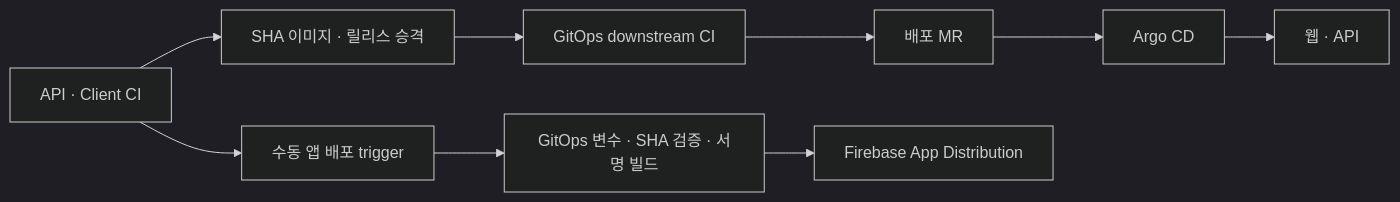
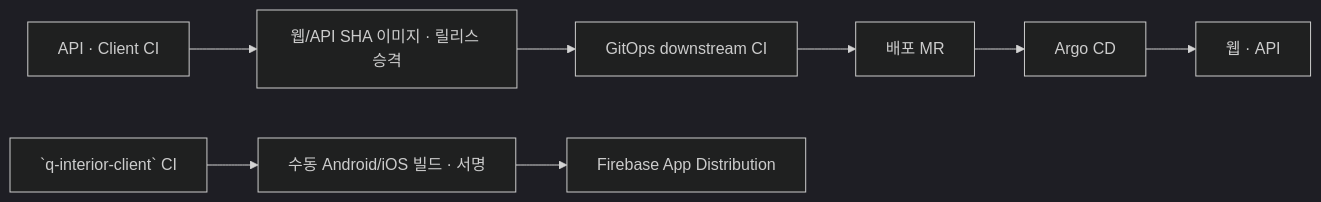
Before and after one commit to lime985340/platform-gitops: the diagram in docs/q-interior.md, drawn with Mermaid (dark theme). The commit also changed other lines of this file and 6 other files, not shown here.

Commit message:
ci: remove mobile distribution from GitOps

````diff
--- a/docs/q-interior.md
+++ b/docs/q-interior.md
@@ -11,11 +12,10 @@
 ```mermaid
 flowchart LR
-  Source[API · Client CI] --> Image[SHA 이미지 · 릴리스 승격]
+  Source[API · Client CI] --> Image[웹/API SHA 이미지 · 릴리스 승격]
   Image --> Trigger[GitOps downstream CI]
   Trigger --> MR[배포 MR]
   MR --> Argo[Argo CD]
   Argo --> K8s[웹 · API]
-  Source --> Mobile[수동 앱 배포 trigger]
-  Mobile --> GitOpsBuild[GitOps 변수 · SHA 검증 · 서명 빌드]
-  GitOpsBuild --> Firebase[Firebase App Distribution]
+  Client[`q-interior-client` CI] --> Mobile[수동 Android/iOS 빌드 · 서명]
+  Mobile --> Firebase[Firebase App Distribution]
 ```
````
